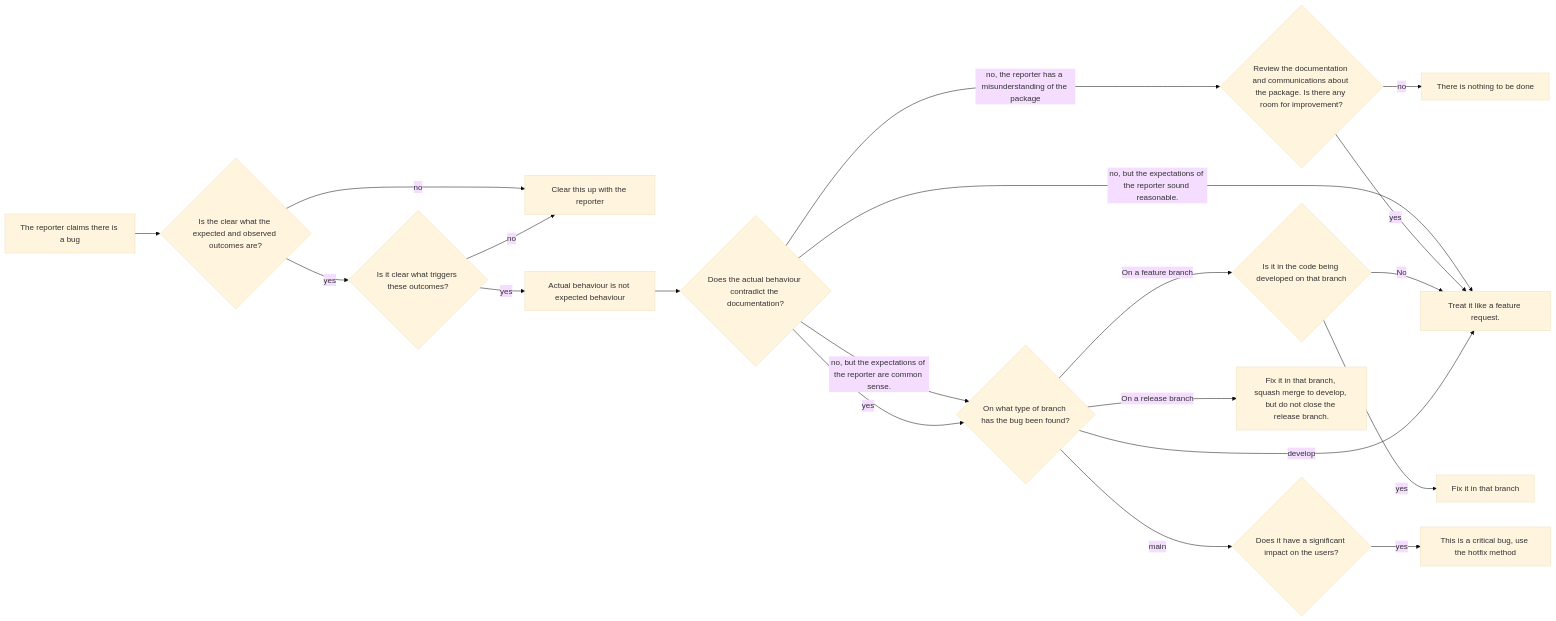
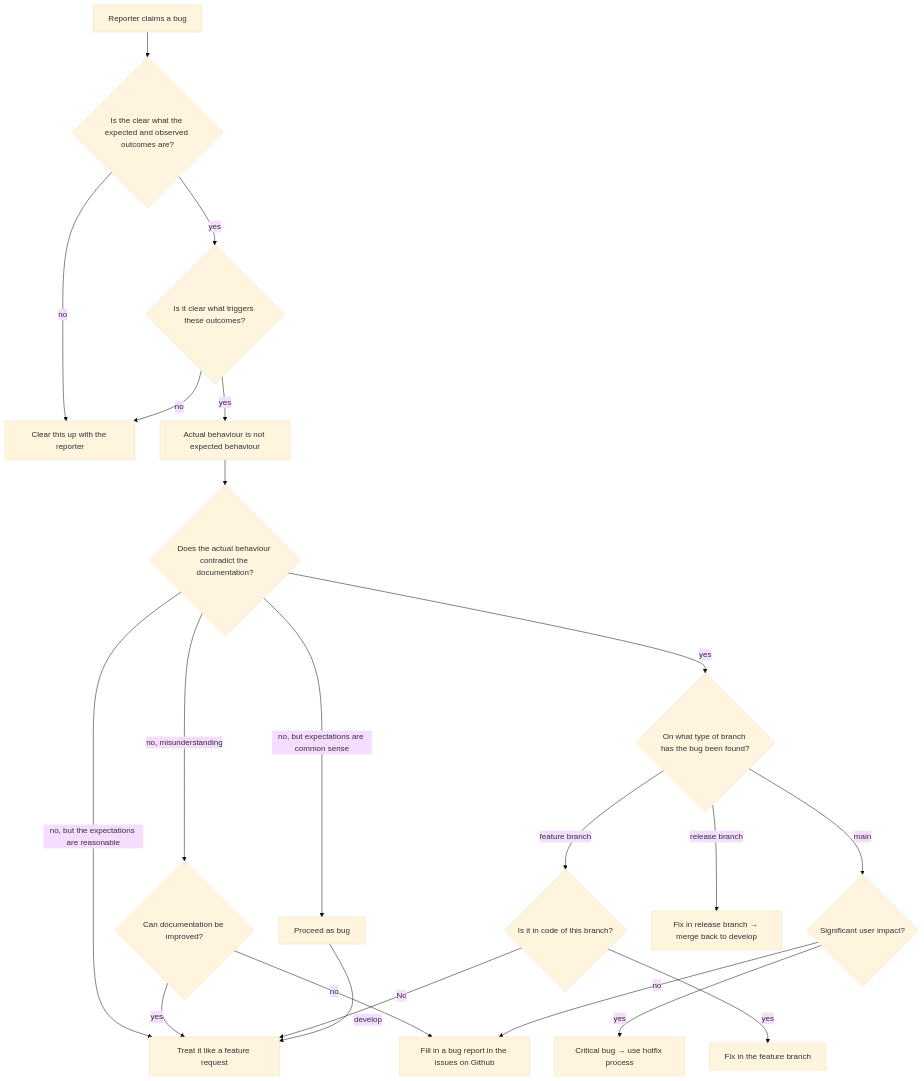
The diagram in docs/source/developer/developing.md (duonl/synthpop-py), drawn with Mermaid (base theme) before and after one commit. The commit also changed other lines of this file, not shown here.

Commit message:
update bug workflow

````diff
--- a/docs/source/developer/developing.md
+++ b/docs/source/developer/developing.md
@@ -141,27 +141,33 @@
 ```{mermaid}
 ---
 zoom:
 caption: flowchart of when and how to fix bugs.
 ---
-flowchart LR
-    A0[The reporter claims there is a bug] -->A1{Is the clear what the expected and observed outcomes are?}
+flowchart TD
+    A0[Reporter claims a bug] -->A1{Is the clear what the expected and observed outcomes are?}
     A1 -->|no| A2[Clear this up with the reporter]
     A1 -->|yes| A3{Is it clear what triggers these outcomes?}
     A3 -->|no| A2
     A3 --> |yes| A
     A[Actual behaviour is not expected behaviour] --> B{Does the actual behaviour contradict the documentation?}
     
-    B --> |no, but the expectations of the reporter are common sense.| C
-    B --> |no, but the expectations of the reporter sound reasonable.| D[Treat it like a feature request.]
-    B --> |no, the reporter has a misunderstanding of the package| D1{Review the documentation and communications about the package. Is there any room for improvement?}
+    B --> |no, but expectations are common sense| C[Proceed as bug]
+    B --> |no, but the expectations are reasonable| D[Treat it like a feature request]
+    B --> |no, misunderstanding| D1{Can documentation be improved?}
+
     D1 --> |yes| D
     D1 --> |no| Z[There is nothing to be done]
-    B --> |yes| C{On what type of branch has the bug been found? }
-    C --> |main| E{Does it have a significant impact on the users?}
-    E --> |yes| F[This is a critical bug, use the hotfix method]
-    C -->|On a feature branch| G{Is it in the code being developed on that branch}
-    G -->|yes| H[Fix it in that branch]
+
+    B --> |yes| C2{On what type of branch has the bug been found?}
+
+    C2 --> |main| E{Significant user impact?}
+    E --> |yes| F[Critical bug → use hotfix process]
+    E --> |no| Z[Fill in a bug report in the issues on Github]
+
+    C2 -->|feature branch| G{Is it in code of this branch?}
+    G -->|yes| H[Fix in the feature branch]
     G -->|No| D
-    C --> |On a release branch| I[Fix it in that branch, squash merge to develop, but do not close the release branch.]
+
+    C2 --> |release branch| I[Fix in release branch → merge back to develop]
     C -->|develop| D
 ```
````
